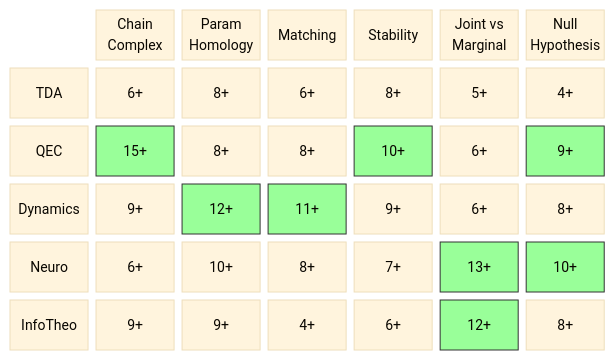
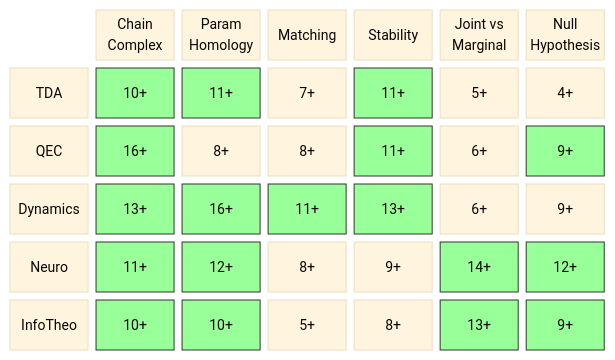
The diagram in diagrams/coverage-matrix.md (musicofhel/topoyolo), drawn with Mermaid before and after one commit. The commit also changed other lines of this file and 15 other files, not shown here.

````diff
--- a/diagrams/coverage-matrix.md
+++ b/diagrams/coverage-matrix.md
@@ -20,21 +20,31 @@
 ```mermaid
 %%{init: {'theme': 'base', 'themeVariables': {'fontSize': '14px'}}}%%
 block-beta
   columns 7
 
   space:1 CC["Chain\nComplex"] PH["Param\nHomology"] MA["Matching"] ST["Stability"] JM["Joint vs\nMarginal"] NH["Null\nHypothesis"]
 
-  TDA["TDA"] TDA_CC["6+"] TDA_PH["8+"] TDA_MA["6+"] TDA_ST["8+"] TDA_JM["5+"] TDA_NH["4+"]
-  QEC["QEC"] QEC_CC["15+"] QEC_PH["8+"] QEC_MA["8+"] QEC_ST["10+"] QEC_JM["6+"] QEC_NH["9+"]
-  DYN["Dynamics"] DYN_CC["9+"] DYN_PH["12+"] DYN_MA["11+"] DYN_ST["9+"] DYN_JM["6+"] DYN_NH["8+"]
-  NEU["Neuro"] NEU_CC["6+"] NEU_PH["10+"] NEU_MA["8+"] NEU_ST["7+"] NEU_JM["13+"] NEU_NH["10+"]
-  IT["InfoTheo"] IT_CC["9+"] IT_PH["9+"] IT_MA["4+"] IT_ST["6+"] IT_JM["12+"] IT_NH["8+"]
+  TDA["TDA"] TDA_CC["10+"] TDA_PH["11+"] TDA_MA["7+"] TDA_ST["11+"] TDA_JM["5+"] TDA_NH["4+"]
+  QEC["QEC"] QEC_CC["16+"] QEC_PH["8+"] QEC_MA["8+"] QEC_ST["11+"] QEC_JM["6+"] QEC_NH["9+"]
+  DYN["Dynamics"] DYN_CC["13+"] DYN_PH["16+"] DYN_MA["11+"] DYN_ST["13+"] DYN_JM["6+"] DYN_NH["9+"]
+  NEU["Neuro"] NEU_CC["11+"] NEU_PH["12+"] NEU_MA["8+"] NEU_ST["9+"] NEU_JM["14+"] NEU_NH["12+"]
+  IT["InfoTheo"] IT_CC["10+"] IT_PH["10+"] IT_MA["5+"] IT_ST["8+"] IT_JM["13+"] IT_NH["9+"]
+  style TDA_CC fill:#9f9,stroke:#333
+  style TDA_PH fill:#9f9,stroke:#333
+  style TDA_ST fill:#9f9,stroke:#333
   style QEC_CC fill:#9f9,stroke:#333
-  style NEU_JM fill:#9f9,stroke:#333
-  style IT_JM fill:#9f9,stroke:#333
+  style QEC_ST fill:#9f9,stroke:#333
+  style DYN_CC fill:#9f9,stroke:#333
   style DYN_PH fill:#9f9,stroke:#333
   style DYN_MA fill:#9f9,stroke:#333
-  style QEC_ST fill:#9f9,stroke:#333
+  style DYN_ST fill:#9f9,stroke:#333
+  style NEU_CC fill:#9f9,stroke:#333
+  style NEU_PH fill:#9f9,stroke:#333
+  style NEU_JM fill:#9f9,stroke:#333
   style NEU_NH fill:#9f9,stroke:#333
+  style IT_CC fill:#9f9,stroke:#333
+  style IT_PH fill:#9f9,stroke:#333
+  style IT_JM fill:#9f9,stroke:#333
+  style IT_NH fill:#9f9,stroke:#333
   style QEC_NH fill:#9f9,stroke:#333
 ```
````
